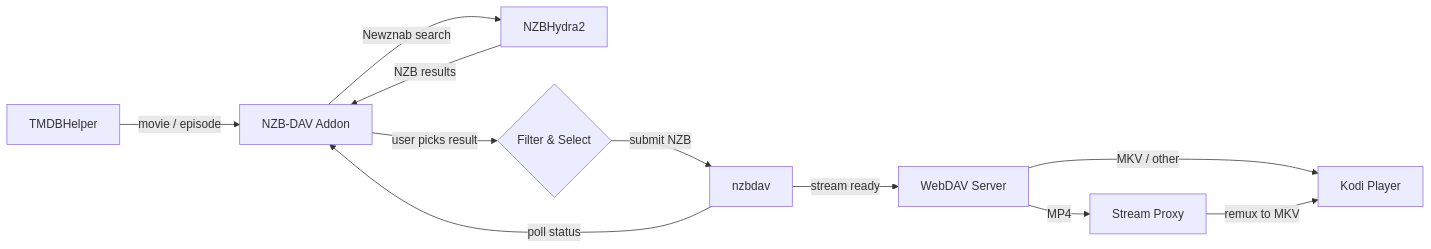
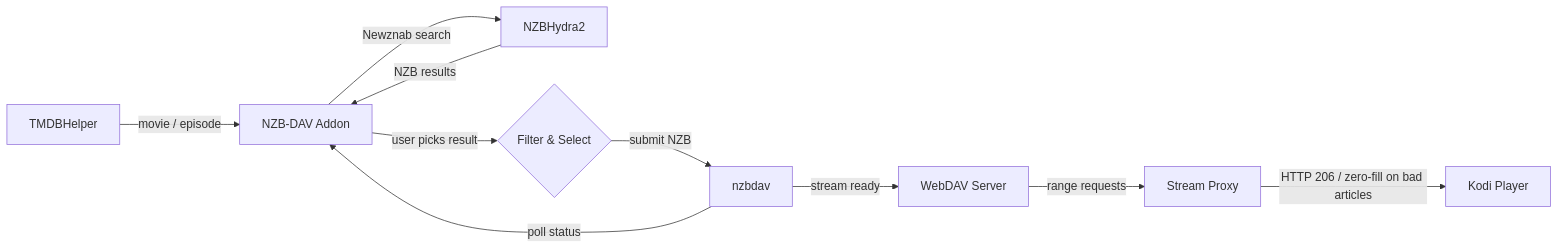
Before and after one commit to xbmc4lyfe/nzbdavkodi: the diagram in README.md, drawn with Mermaid. The commit also changed other lines of this file, not shown here.

First line of the commit message:
docs: update README for v0.6.18 stream proxy architecture

````diff
--- a/README.md
+++ b/README.md
@@ -16,13 +16,12 @@
 ```mermaid
 flowchart LR
     A[TMDBHelper] -->|movie / episode| B[NZB-DAV Addon]
     B -->|Newznab search| C[NZBHydra2]
     C -->|NZB results| B
     B -->|user picks result| D{Filter & Select}
     D -->|submit NZB| E[nzbdav]
     E -->|poll status| B
     E -->|stream ready| F[WebDAV Server]
-    F -->|MP4| G[Stream Proxy]
-    F -->|MKV / other| H[Kodi Player]
-    G -->|remux to MKV| H
+    F -->|range requests| G[Stream Proxy]
+    G -->|HTTP 206 / zero-fill on bad articles| H[Kodi Player]
 ```
````
